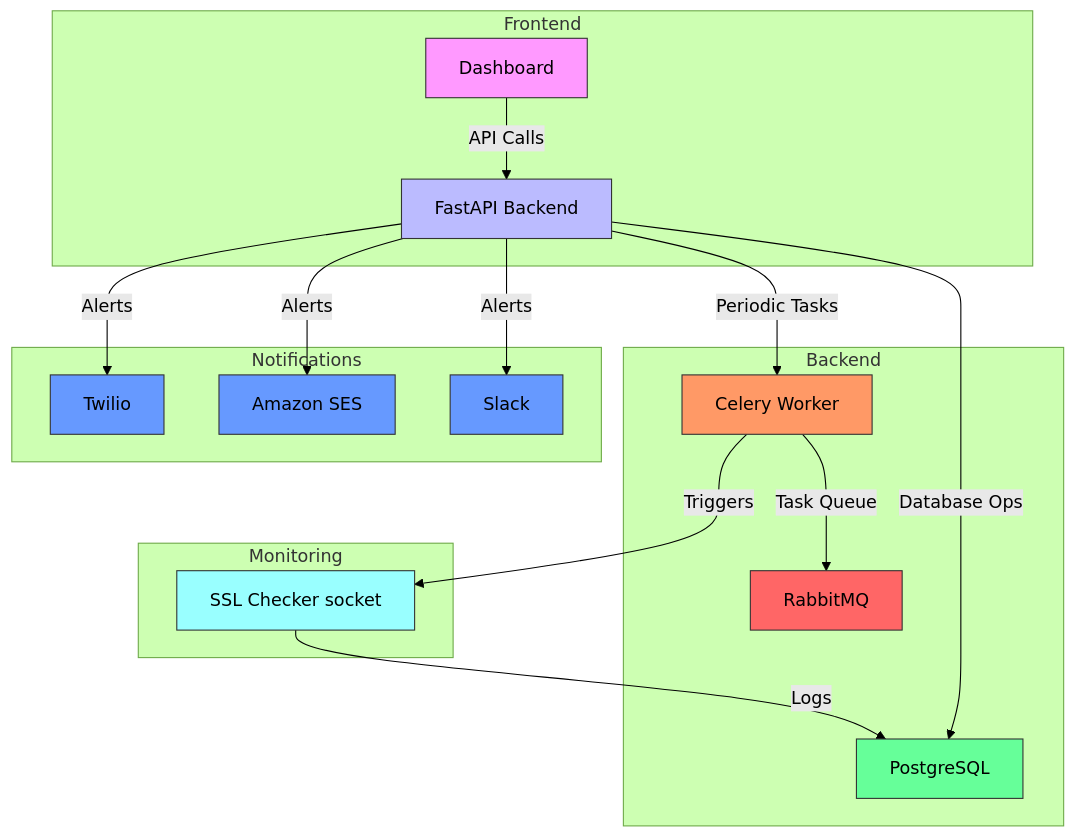
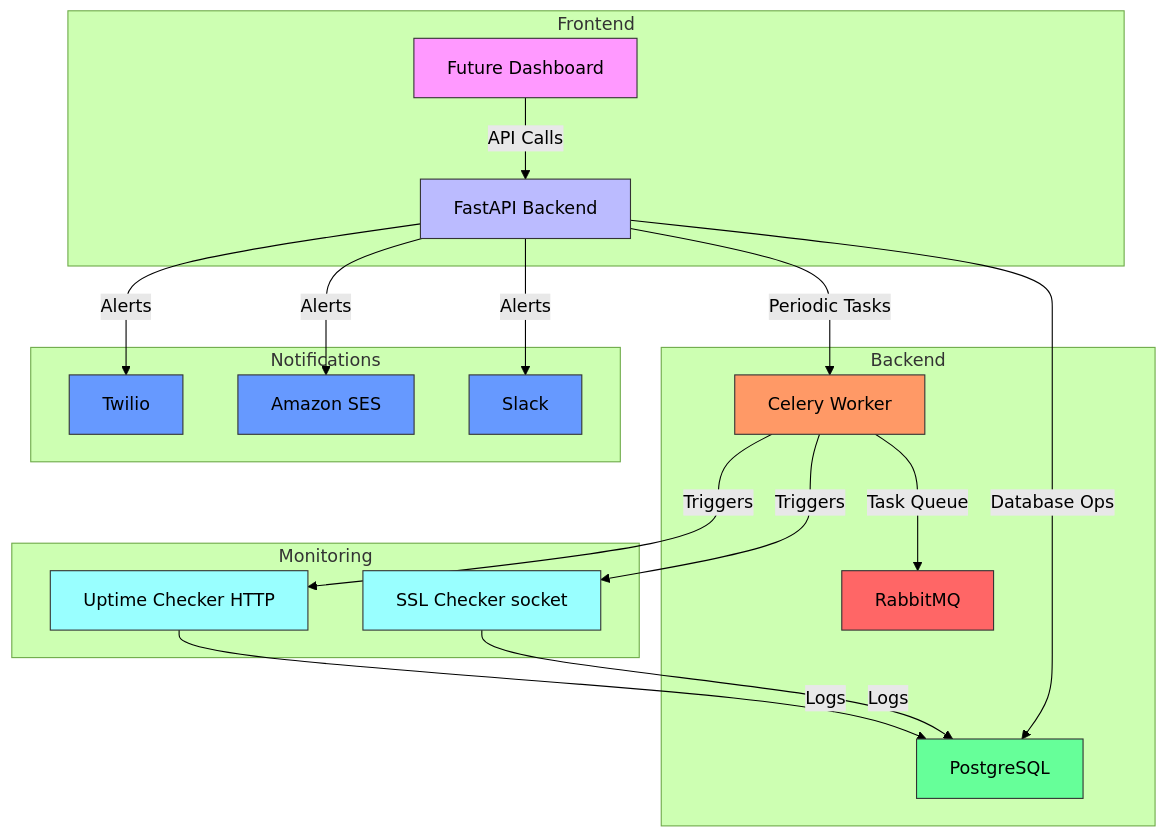
The diagram in README.md (MoigeMatino/pulse-check), drawn with Mermaid (forest theme) before and after one commit.

Commit message:
doc: update README.md architecture diagram

````diff
--- a/README.md
+++ b/README.md
@@ -45,33 +45,36 @@
 ```mermaid
 graph TD
     subgraph Frontend
-        A[Dashboard] -->|API Calls| B[FastAPI Backend]
+        A[Future Dashboard] -->|API Calls| B[FastAPI Backend]
     end
 
     subgraph Backend
         B -->|Periodic Tasks| C[Celery Worker]
         B -->|Database Ops| D[PostgreSQL]
         C -->|Task Queue| E[RabbitMQ]
     end
 
     subgraph Monitoring
         F[SSL Checker socket] -->|Logs| D
+        G[Uptime Checker HTTP] -->|Logs| D
         C -->|Triggers| F
+        C -->|Triggers| G
     end
 
     subgraph Notifications
-        B -->|Alerts| G[Twilio]
-        B -->|Alerts| H[Amazon SES]
-        B -->|Alerts| I[Slack]
+        B -->|Alerts| H[Twilio]
+        B -->|Alerts| I[Amazon SES]
+        B -->|Alerts| J[Slack]
     end
 
     style A fill:#f9f,stroke:#333
     style B fill:#bbf,stroke:#333
     style C fill:#f96,stroke:#333
     style D fill:#6f9,stroke:#333
     style E fill:#f66,stroke:#333
     style F fill:#9ff,stroke:#333
-    style G fill:#69f,stroke:#333
+    style G fill:#9ff,stroke:#333
     style H fill:#69f,stroke:#333
     style I fill:#69f,stroke:#333
+    style J fill:#69f,stroke:#333
 ```
````
